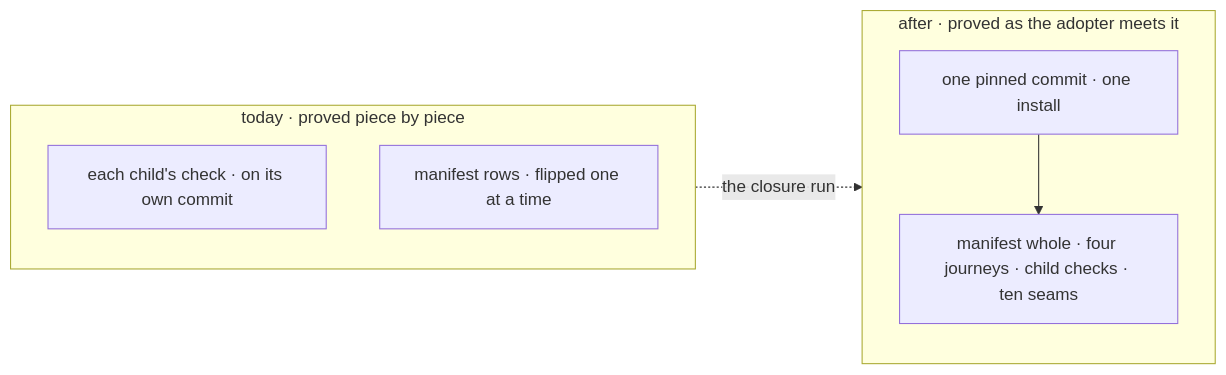
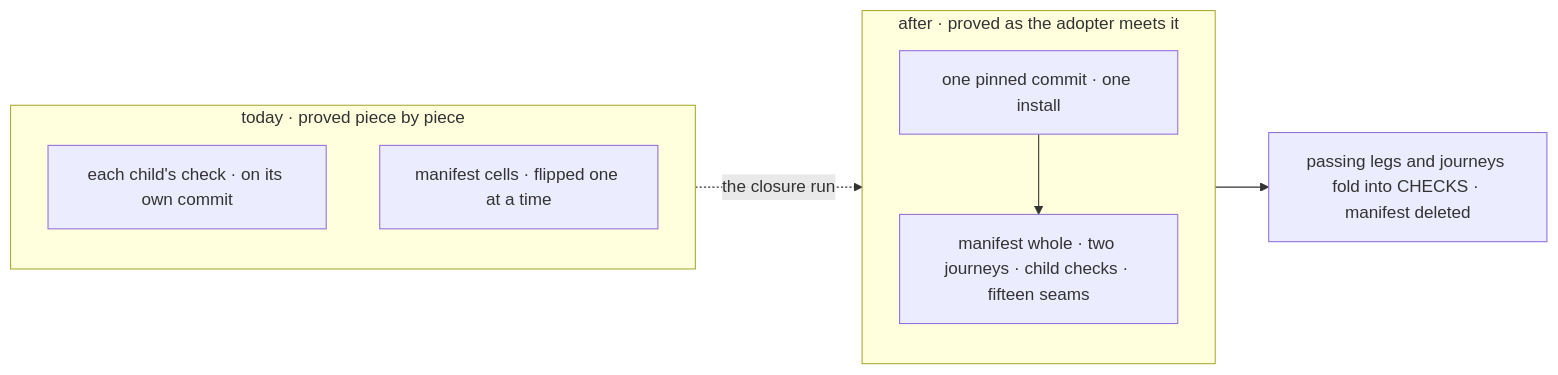
Before and after one commit to fixpoint-labs/flow-state-dev: the second of 2 diagrams in specs/issues/FIX-2562/SPEC.md, drawn with Mermaid. The commit also changed other lines of this file and 2 other files, not shown here.

````diff
--- a/specs/issues/FIX-2562/SPEC.md
+++ b/specs/issues/FIX-2562/SPEC.md
@@ -70,13 +73,14 @@
 ```mermaid
 flowchart LR
   subgraph before["today · proved piece by piece"]
     B1["each child's check · on its own commit"]
-    B2["manifest rows · flipped one at a time"]
+    B2["manifest cells · flipped one at a time"]
   end
   subgraph after["after · proved as the adopter meets it"]
     A1["one pinned commit · one install"]
-    A2["manifest whole · four journeys · child checks · ten seams"]
+    A2["manifest whole · two journeys · child checks · fifteen seams"]
     A1 --> A2
   end
+  after --> G["passing legs and journeys fold into CHECKS · manifest deleted"]
   before -.->|"the closure run"| after
 ```
````
